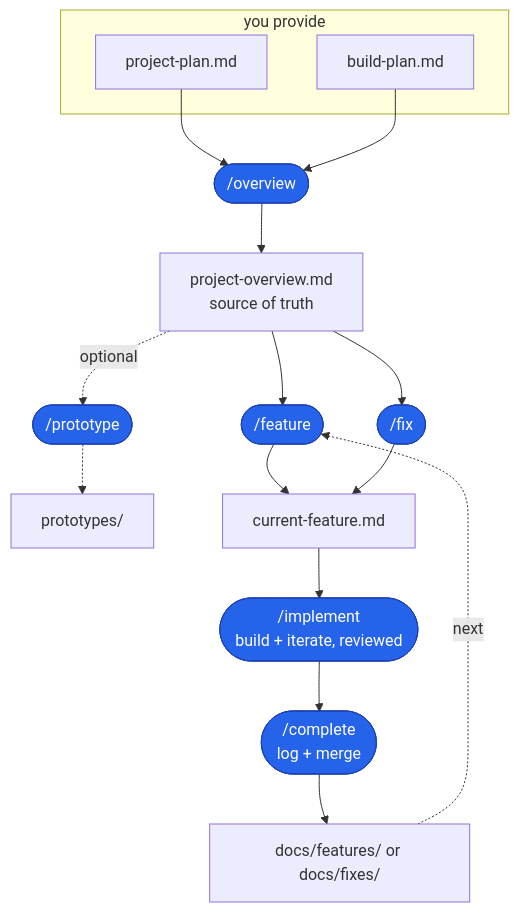
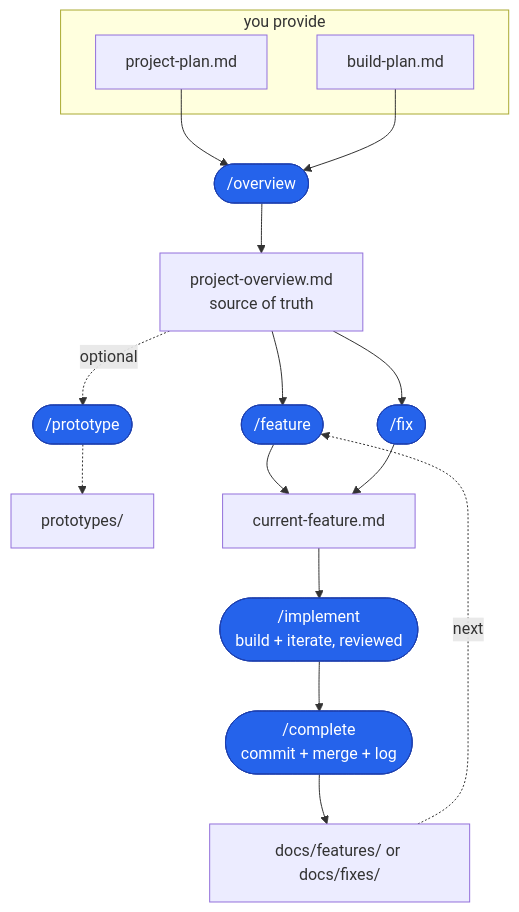
The diagram in README.md (bradtraversy/ai-blueprint), drawn with Mermaid before and after one commit. The commit also changed other lines of this file and 3 other files, not shown here.

````diff
--- a/README.md
+++ b/README.md
@@ -34,25 +34,25 @@
 ```mermaid
 flowchart TD
     subgraph you["you provide"]
         PP["project-plan.md"]
         BPL["build-plan.md"]
     end
 
     PP --> OV(["/overview"])
     BPL --> OV
     OV --> POV["project-overview.md<br/>source of truth"]
     POV -.->|optional| PT(["/prototype"])
     PT -.-> PRO["prototypes/"]
 
     POV --> FT(["/feature"])
     POV --> FX(["/fix"])
     FT --> CF["current-feature.md"]
     FX --> CF
     CF --> IM(["/implement<br/>build + iterate, reviewed"])
-    IM --> CP(["/complete<br/>log + merge"])
+    IM --> CP(["/complete<br/>commit + merge + log"])
     CP --> AR["docs/features/ or docs/fixes/"]
     AR -.->|next| FT
 
     classDef skill fill:#2563eb,stroke:#1e40af,color:#ffffff;
     class OV,PT,FT,FX,IM,CP skill;
 ```
````
